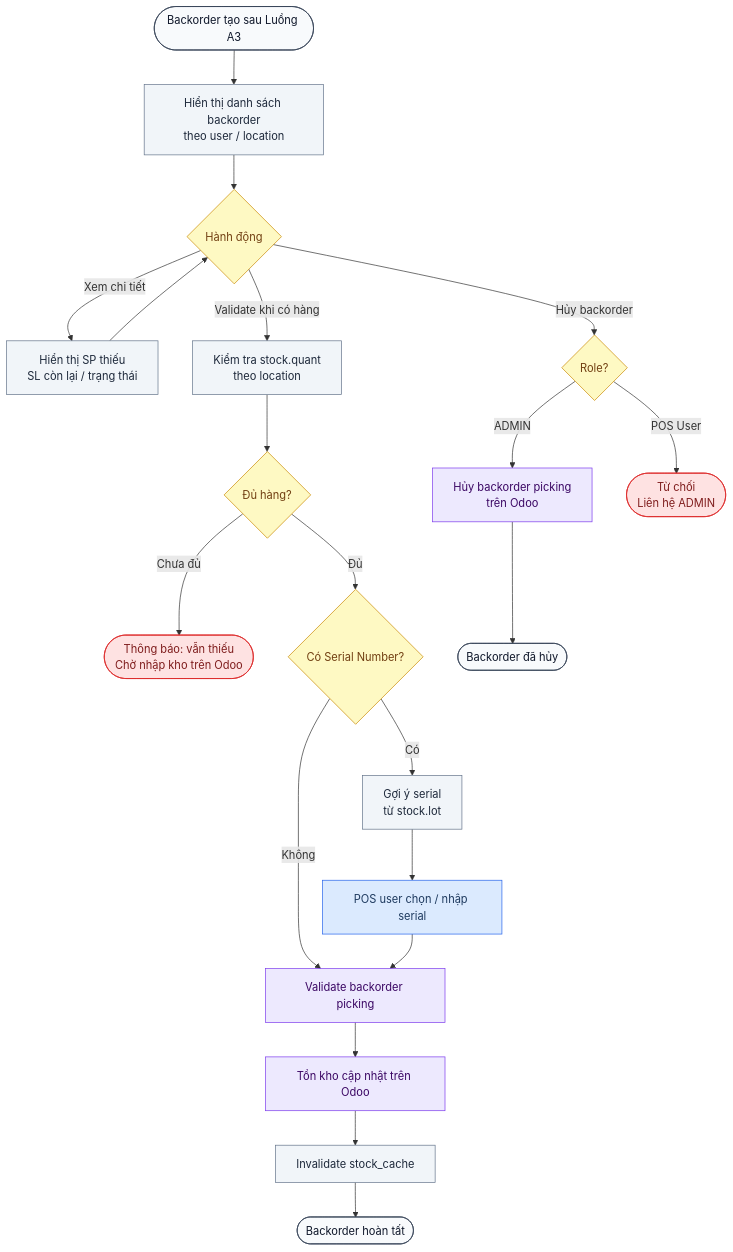
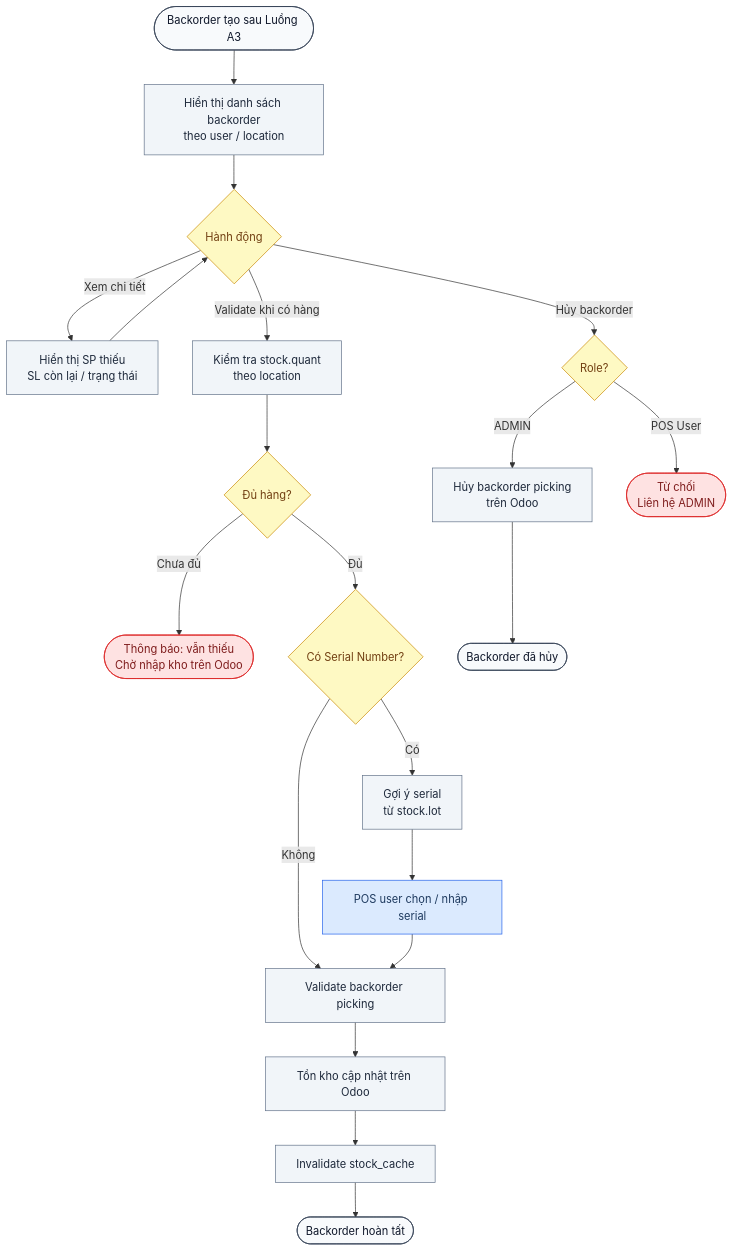
One commit to ngohuuduc/VJ_mobile_POS changed the fourth of 15 diagrams in process_flow.md. Above: the diagram before and after it, drawn with Mermaid. The commit also changed other lines of this file and 2 other files, not shown here.

Commit message:
Update documentation: increment version and update last modified date for open questions, process flow, and scope documents

````diff
--- a/process_flow.md
+++ b/process_flow.md
@@ -178,30 +184,29 @@
 ```mermaid
 flowchart TD
     classDef user fill:#DBEAFE,stroke:#2563EB,color:#1e3a5f
     classDef system fill:#F1F5F9,stroke:#64748B,color:#1e293b
-    classDef odoo fill:#EDE9FE,stroke:#7C3AED,color:#3b0764
-    classDef db fill:#DCFCE7,stroke:#16A34A,color:#14532d
+    classDef accountant fill:#CCFBF1,stroke:#0D9488,color:#134E4A
     classDef decision fill:#FEF9C3,stroke:#CA8A04,color:#713f12
     classDef terminal fill:#F8FAFC,stroke:#334155,color:#0f172a
     classDef warning fill:#FEE2E2,stroke:#DC2626,color:#7f1d1d
 
     A([Backorder tạo sau Luồng A3]):::terminal --> B[Hiển thị danh sách backorder\ntheo user / location]:::system
     B --> C{Hành động}:::decision
     C -- Xem chi tiết --> D[Hiển thị SP thiếu\nSL còn lại / trạng thái]:::system
     D --> C
     C -- Validate khi có hàng --> E[Kiểm tra stock.quant\ntheo location]:::system
     E --> F{Đủ hàng?}:::decision
     F -- Chưa đủ --> G([Thông báo: vẫn thiếu\nChờ nhập kho trên Odoo]):::warning
     F -- Đủ --> H{Có Serial Number?}:::decision
-    H -- Không --> I[Validate backorder picking]:::odoo
+    H -- Không --> I[Validate backorder picking]:::system
     H -- Có --> J[Gợi ý serial\ntừ stock.lot]:::system
     J --> K[POS user chọn / nhập serial]:::user
     K --> I
-    I --> L[Tồn kho cập nhật trên Odoo]:::odoo
+    I --> L[Tồn kho cập nhật trên Odoo]:::system
     L --> M[Invalidate stock_cache]:::system
     M --> N([Backorder hoàn tất]):::terminal
     C -- Hủy backorder --> O{Role?}:::decision
-    O -- ADMIN --> P[Hủy backorder picking\ntrên Odoo]:::odoo
+    O -- ADMIN --> P[Hủy backorder picking\ntrên Odoo]:::system
     P --> Q([Backorder đã hủy]):::terminal
     O -- POS User --> R([Từ chối\nLiên hệ ADMIN]):::warning
 ```
````
